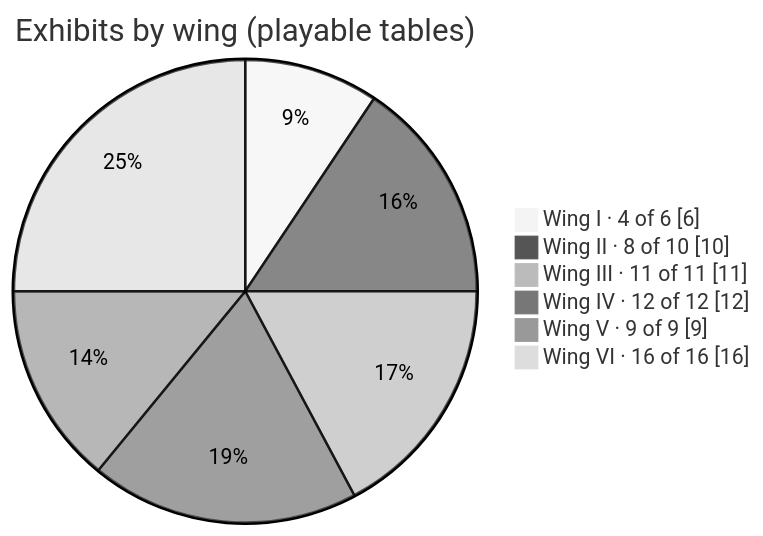
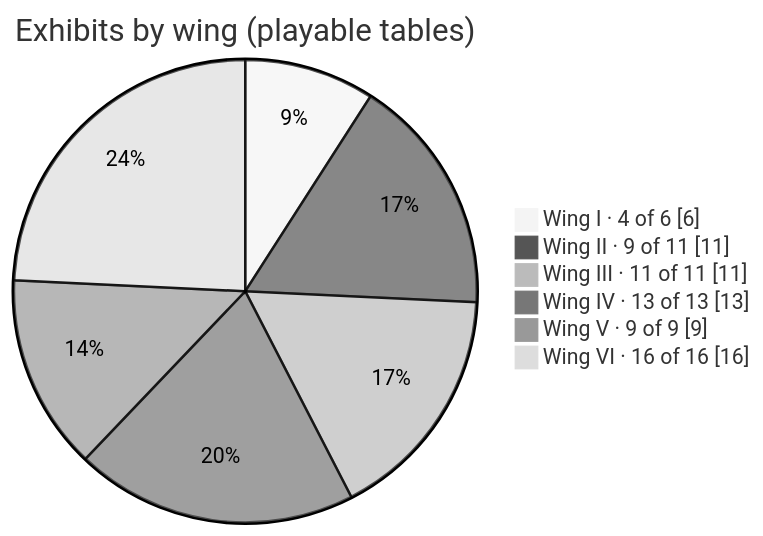
One commit to CptNope/Librarium-Archives changed the first of 8 diagrams in docs/exhibits.md. Above: the diagram before and after it, drawn with Mermaid (neutral theme). The commit also changed other lines of this file and 16 other files, not shown here.

````diff
--- a/docs/exhibits.md
+++ b/docs/exhibits.md
@@ -7,10 +7,10 @@
 ```mermaid
 pie showData
     title Exhibits by wing (playable tables)
     "Wing I · 4 of 6" : 6
-    "Wing II · 8 of 10" : 10
+    "Wing II · 9 of 11" : 11
     "Wing III · 11 of 11" : 11
-    "Wing IV · 12 of 12" : 12
+    "Wing IV · 13 of 13" : 13
     "Wing V · 9 of 9" : 9
     "Wing VI · 16 of 16" : 16
 ```
````
